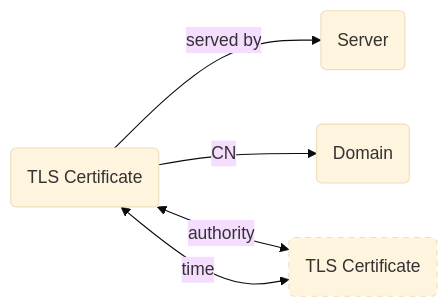
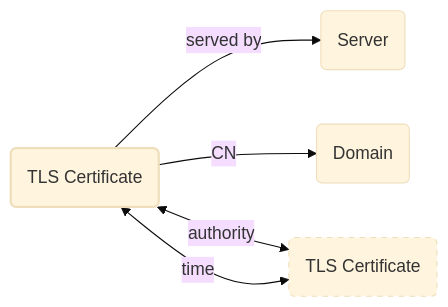
One commit to korniko98/pivot-atlas changed the diagram in docs/artifacts/tls-certificate.md. Above: the diagram before and after it, drawn with Mermaid (base theme). The commit also changed other lines of this file and 9 other files, not shown here.

````diff
--- a/docs/artifacts/tls-certificate.md
+++ b/docs/artifacts/tls-certificate.md
@@ -31,16 +31,22 @@
 	```mermaid
 	flowchart LR
+		classDef primary stroke-width: 2px
 		classDef secondary stroke-dasharray: 5 5
 		
 		%% define nodes
 		DOMAIN(Domain)
 		SERVER(Server)
-		TLS_CERT(TLS Certificate)
+		TLS_CERT(TLS Certificate):::primary
 		TLS_CERT_(TLS Certificate):::secondary
 		
 		%% define edges
 		TLS_CERT -- served by--> SERVER
 		TLS_CERT -- CN --> DOMAIN
 		TLS_CERT <-- authority--> TLS_CERT_
 		TLS_CERT <-- time--> TLS_CERT_
+		
+		%% define links
+		click DOMAIN "#domains"
+		click SERVER "#servers"
+		click TLS_CERT_ "#tls-certificates"
 	```
````
